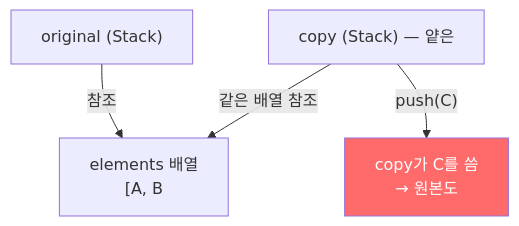
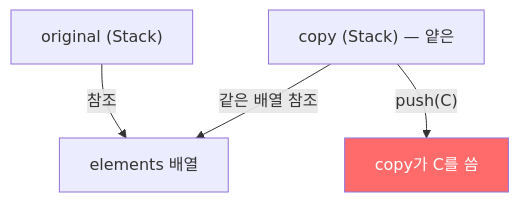
The second of 4 diagrams in _posts/java/2021-12-27-effective-java13.md (yjkim2015/yjkim2015.github.io), drawn with Mermaid before and after one commit. The commit also changed other lines of this file and 217 other files, not shown here.

First line of the commit message:
Mermaid 크기 수정: useMaxWidth:true + SVG max-width:100% + 라벨 축소

````diff
--- a/_posts/java/2021-12-27-effective-java13.md
+++ b/_posts/java/2021-12-27-effective-java13.md
@@ -86,7 +86,7 @@
 ```mermaid
 graph TD
-    A["original (Stack)"] -->|"참조"| C["elements 배열\n[A, B"]
+    A["original (Stack)"] -->|"참조"| C["elements 배열"]
     B["copy (Stack) — 얕은"] -->|"같은 배열 참조"| C
-    B -->|"push(C)"| D["copy가 C를 씀\n→ 원본도"]
+    B -->|"push(C)"| D["copy가 C를 씀"]
     style D fill:#ff6b6b,color:#fff
 ```
````
